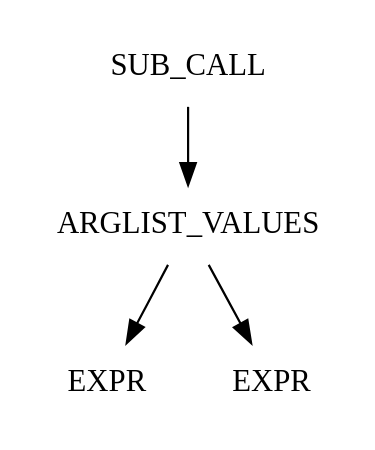
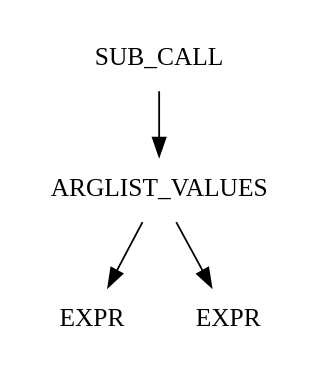
One commit to vehre/aspa_cscc changed the diagram in doc/call.dot. Above: the diagram before and after it, drawn with Graphviz. The commit also changed 8 other files, not shown here.

```diff
--- a/doc/call.dot
+++ b/doc/call.dot
@@ -1,8 +1,8 @@
 digraph L0 {
-        size = "2,2.5";
+        size = "2,2";
         ordering=out;
         node [shape = plaintext];
         SUB_CALL -> ARGLIST_VALUES;
         ARGLIST_VALUES -> {EXPR expr2};
         expr2[label=EXPR];
 }
```
